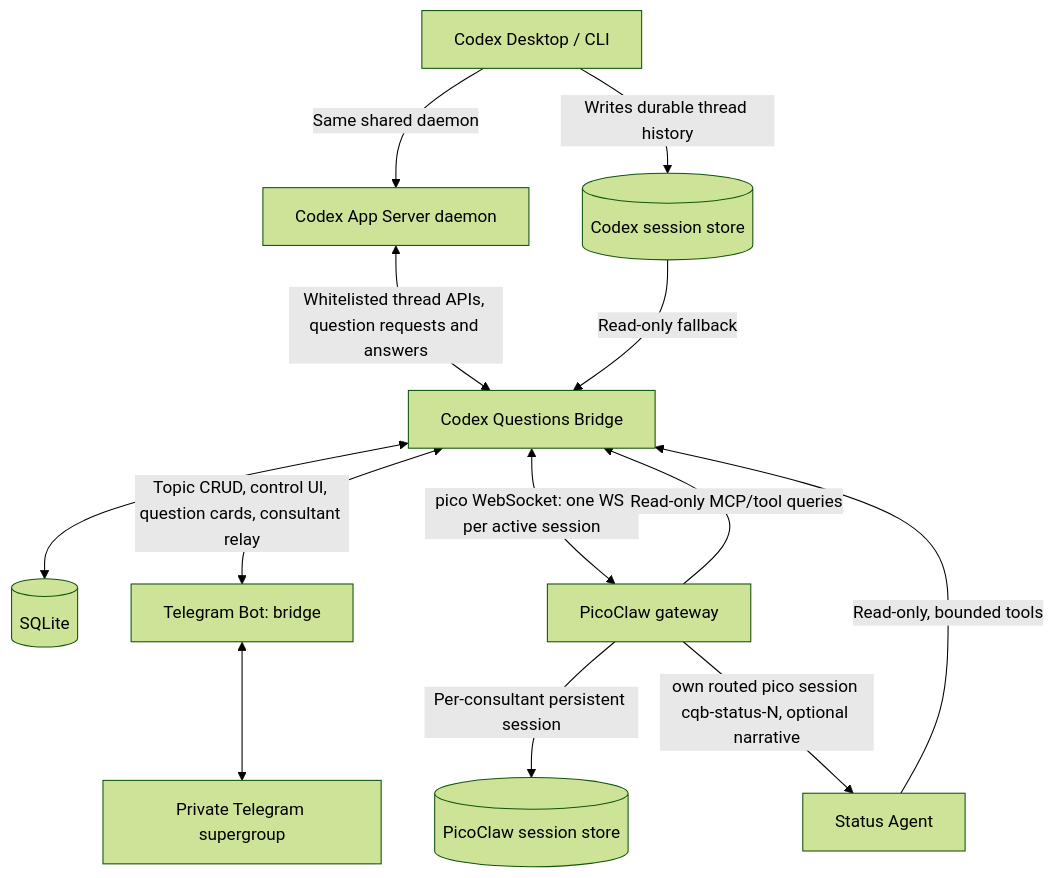
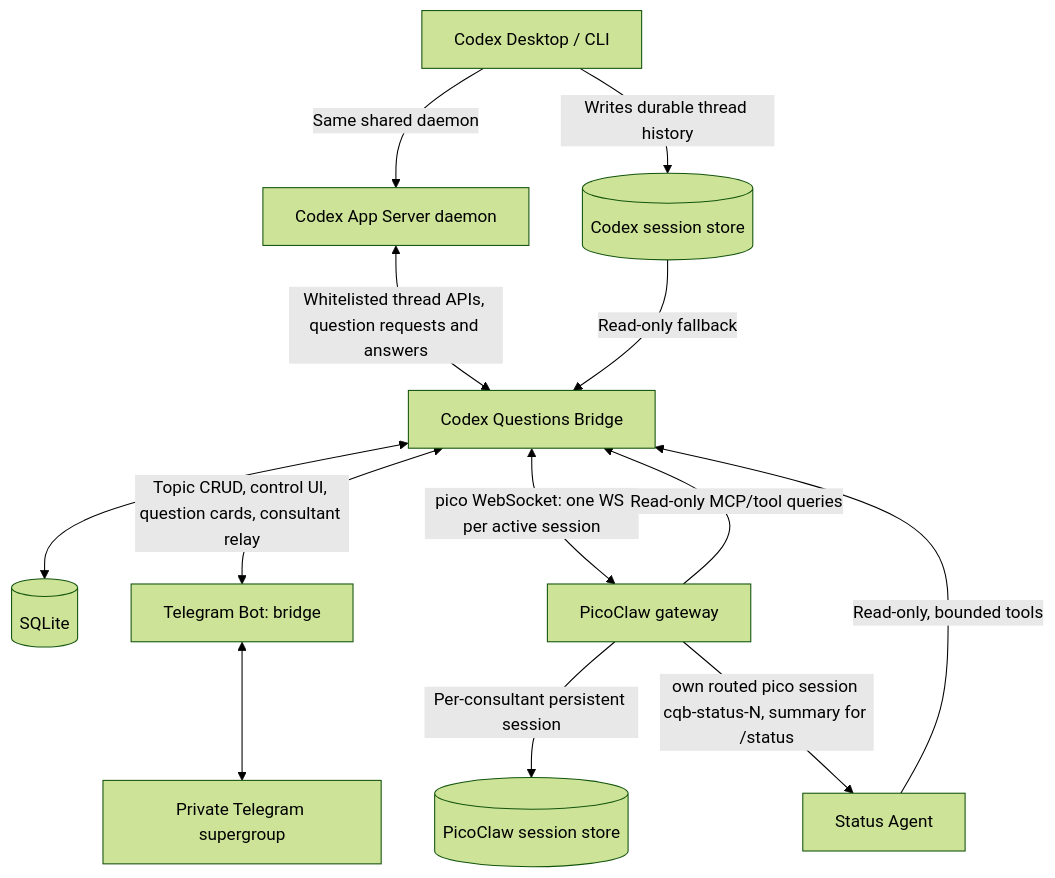
Before and after one commit to todaysday/codex-questions-bridge: the first of 2 diagrams in doc/Codex_Questions_Bridge_Design.md, drawn with Mermaid (forest theme). The commit also changed other lines of this file and 33 other files, not shown here.

First line of the commit message:
Status snapshot: one static message with now-lines and a Status Agent summary

````diff
--- a/doc/Codex_Questions_Bridge_Design.md
+++ b/doc/Codex_Questions_Bridge_Design.md
@@ -27,15 +27,15 @@
 ```mermaid
 flowchart TD
     CD[Codex Desktop / CLI] -->|Writes durable thread history| STORE[(Codex session store)]
     CD -->|Same shared daemon| AS[Codex App Server daemon]
     AS <-->|Whitelisted thread APIs, question requests and answers| BR
     STORE -->|Read-only fallback| BR[Codex Questions Bridge]
     BR <--> DB[(SQLite)]
     BR <-->|Topic CRUD, control UI, question cards, consultant relay| TB[Telegram Bot: bridge]
     TB <--> TG[Private Telegram supergroup]
     BR <-->|pico WebSocket: one WS per active session| PC[PicoClaw gateway]
     PC -->|Per-consultant persistent session| PS[(PicoClaw session store)]
     PC -->|Read-only MCP/tool queries| BR
-    PC -->|own routed pico session cqb-status-N, optional narrative| SA[Status Agent]
+    PC -->|own routed pico session cqb-status-N, summary for /status| SA[Status Agent]
     SA -->|Read-only, bounded tools| BR
 ```
````
